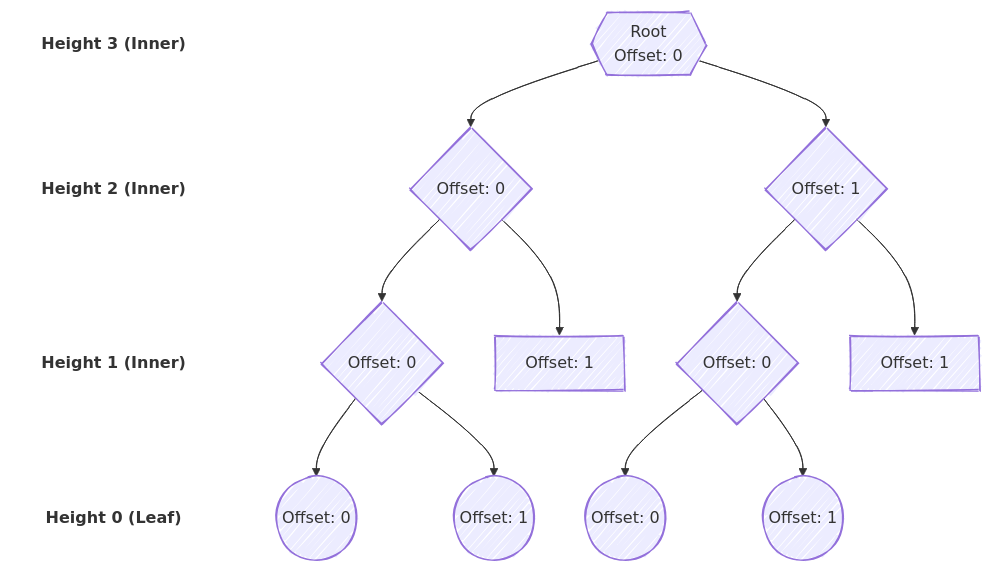
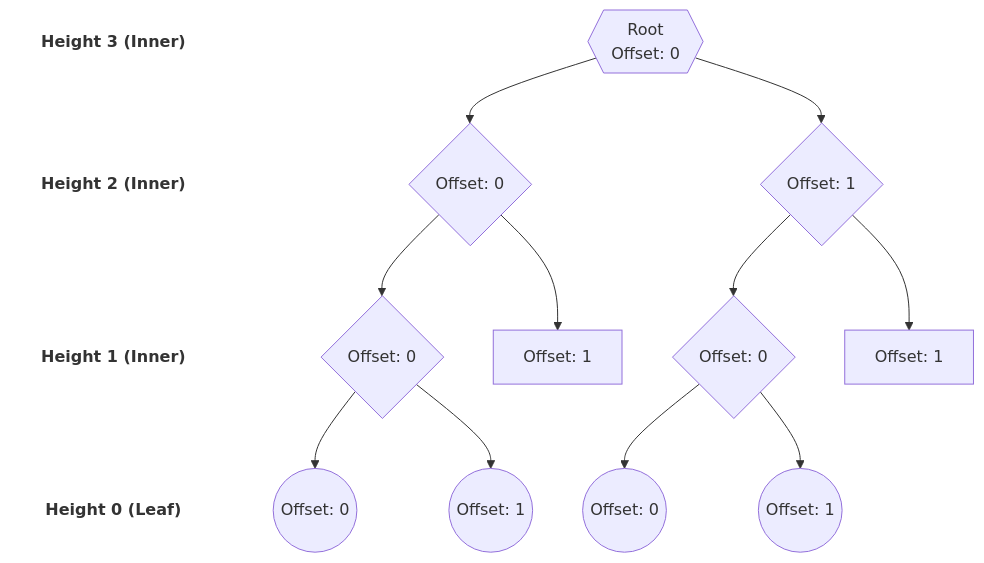
Before and after one commit to UnknownFreeOccupied/ufo: the diagram in docs/src/content/docs/en/concepts/predicates.mdx, drawn with Mermaid.

Commit message:
Changed to classic diagram look

````diff
--- a/docs/src/content/docs/en/concepts/predicates.mdx
+++ b/docs/src/content/docs/en/concepts/predicates.mdx
@@ -31,30 +31,30 @@
 ```mermaid
 ---
 config:
   layout: dagre
-  look: handDrawn
+  look: classic
 ---
 flowchart TB
   %% Vertical column for labels
   L3["Height 3 (Inner)"] ~~~ L2["Height 2 (Inner)"]
   L2 ~~~ L1["Height 1 (Inner)"]
   L1 ~~~ L0["Height 0 (Leaf)"]
 
   %% Tree Structure
   A{{"`Root
 Offset: 0`"}} --> B{
 Offset: 0}
   A --> C{Offset: 1}
   B --> D{Offset: 0}
   B --> E[Offset: 1]
   D --> F((Offset: 0))
   D --> G((Offset: 1))
   C --> H{Offset: 0}
   C --> I[Offset: 1]
   H --> J((Offset: 0))
   H --> K((Offset: 1))
 
   %% Strip background/borders from labels
   classDef textLabel fill:none,stroke:none,font-weight:bold,font-size:16px;
   class L3,L2,L1,L0 textLabel;
 ```
````
